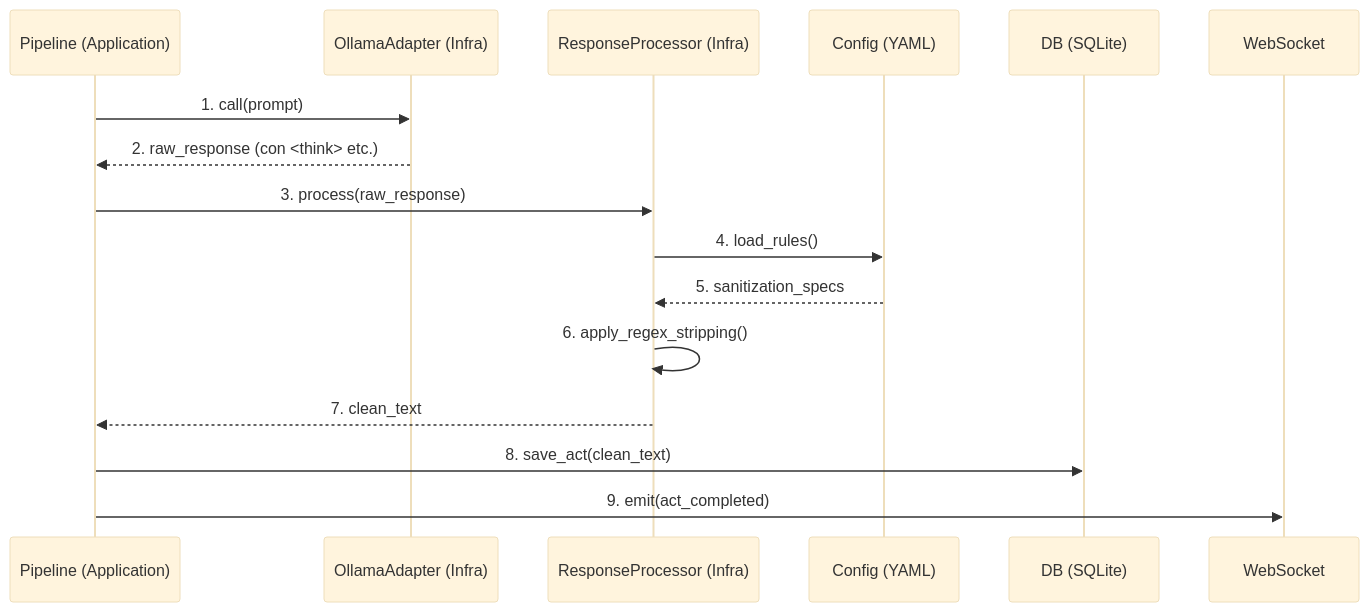
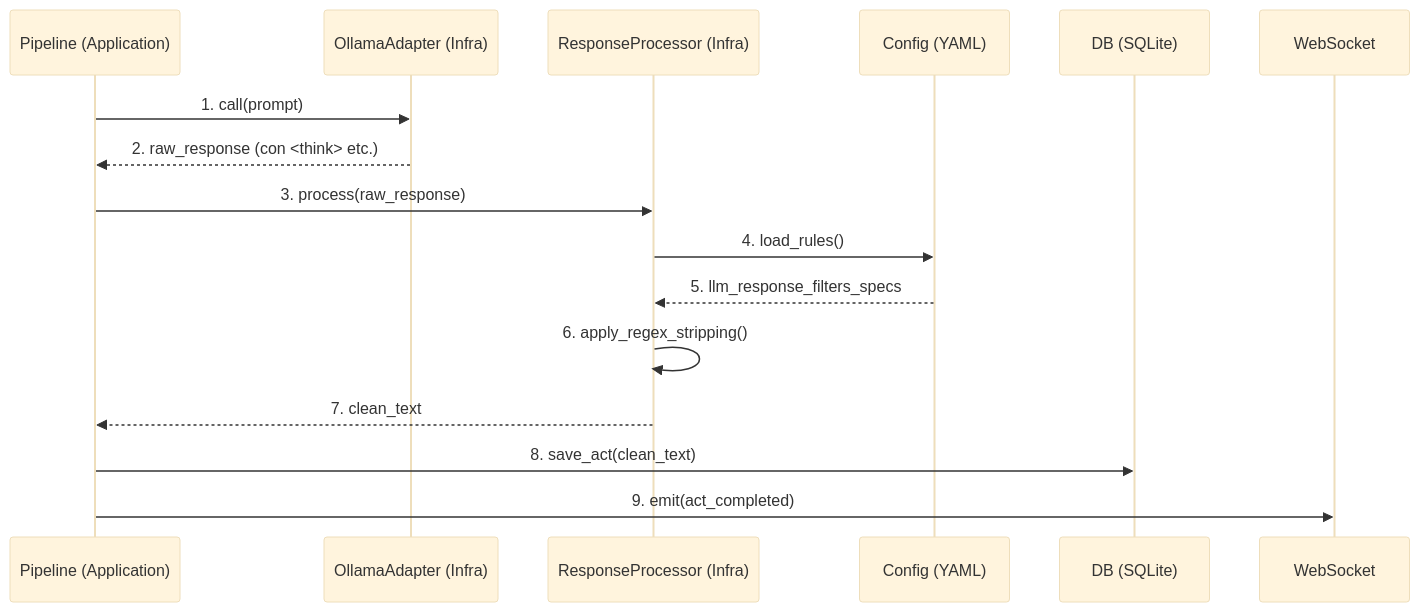
Before and after one commit to rledesma912/automated_narrative: the second of 3 diagrams in specs/003_evolutivo_refactor_to_api.md, drawn with Mermaid (base theme). The commit also changed other lines of this file and 45 other files, not shown here.

````diff
--- a/specs/003_evolutivo_refactor_to_api.md
+++ b/specs/003_evolutivo_refactor_to_api.md
@@ -206,21 +206,21 @@
 ```mermaid
 sequenceDiagram
     participant P as Pipeline (Application)
     participant O as OllamaAdapter (Infra)
     participant S as ResponseProcessor (Infra)
     participant Y as Config (YAML)
     participant D as DB (SQLite)
     participant W as WebSocket
 
     P->>O: 1. call(prompt)
     O-->>P: 2. raw_response (con <think> etc.)
 
     P->>S: 3. process(raw_response)
     S->>Y: 4. load_rules()
-    Y-->>S: 5. sanitization_specs
+    Y-->>S: 5. llm_response_filters_specs
     S->>S: 6. apply_regex_stripping()
     S-->>P: 7. clean_text
 
     P->>D: 8. save_act(clean_text)
     P->>W: 9. emit(act_completed)
 ```
````
